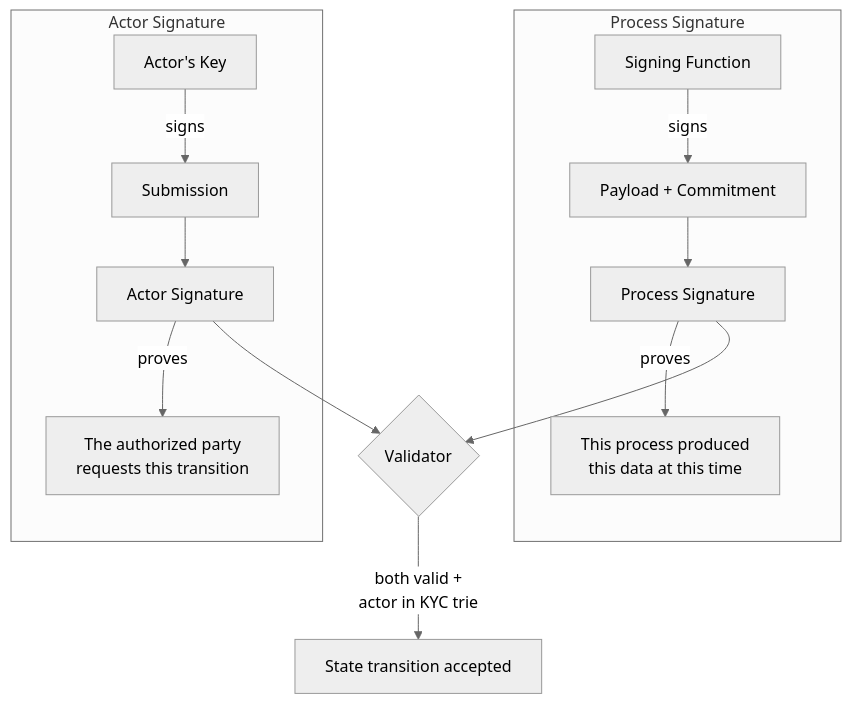
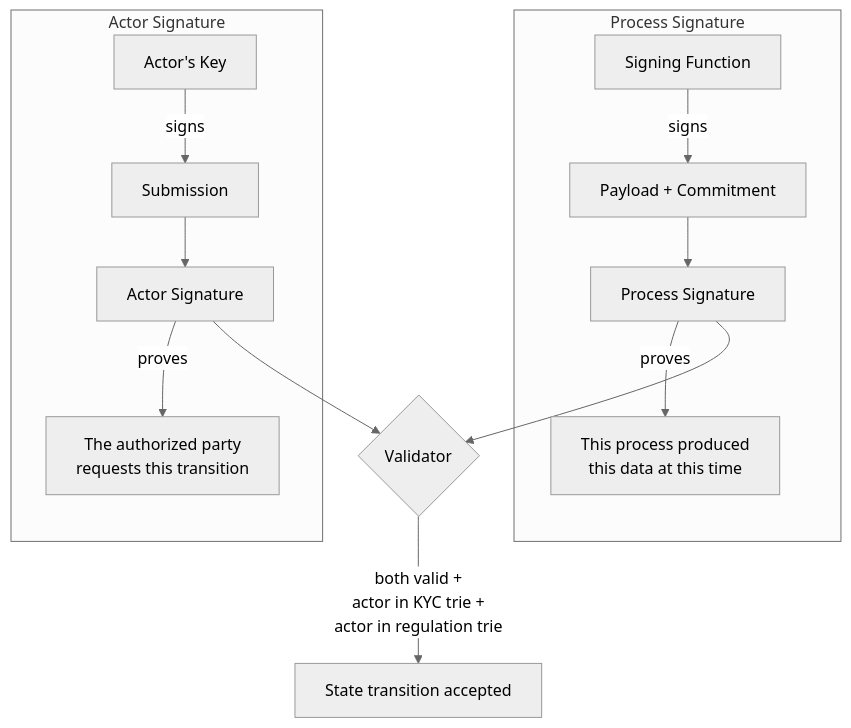
Diagram 13 of 19 in docs/framework/schema.md (lambdasistemi/cardano-for-regulators), drawn with Mermaid (neutral theme) before and after one commit. The commit also changed other lines of this file and 1 other file, not shown here.

Commit message:
add regulation trie, on-chain/off-chain verification split, institutional responsibility

````diff
--- a/docs/framework/schema.md
+++ b/docs/framework/schema.md
@@ -341,18 +466,18 @@
 ```mermaid
 graph TD
     subgraph Process Signature
         SF[Signing Function] -->|signs| PL[Payload + Commitment]
         PL --> PS[Process Signature]
         PS -->|proves| ID[This process produced<br/>this data at this time]
     end
 
     subgraph Actor Signature
         AK[Actor's Key] -->|signs| SUB[Submission]
         SUB --> AS[Actor Signature]
         AS -->|proves| AUTH[The authorized party<br/>requests this transition]
     end
 
     PS --> V{Validator}
     AS --> V
-    V -->|both valid +<br/>actor in KYC trie| OK[State transition accepted]
+    V -->|both valid +<br/>actor in KYC trie +<br/>actor in regulation trie| OK[State transition accepted]
 ```
````
